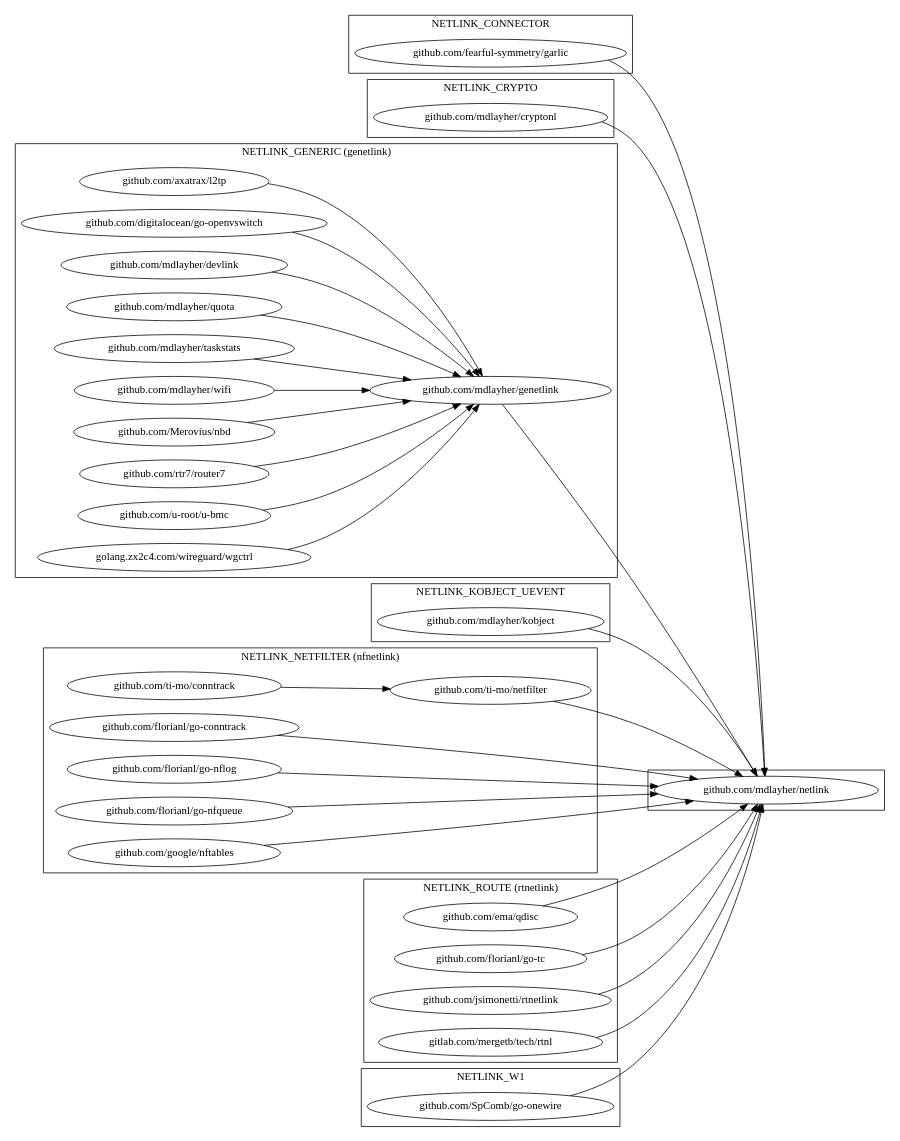
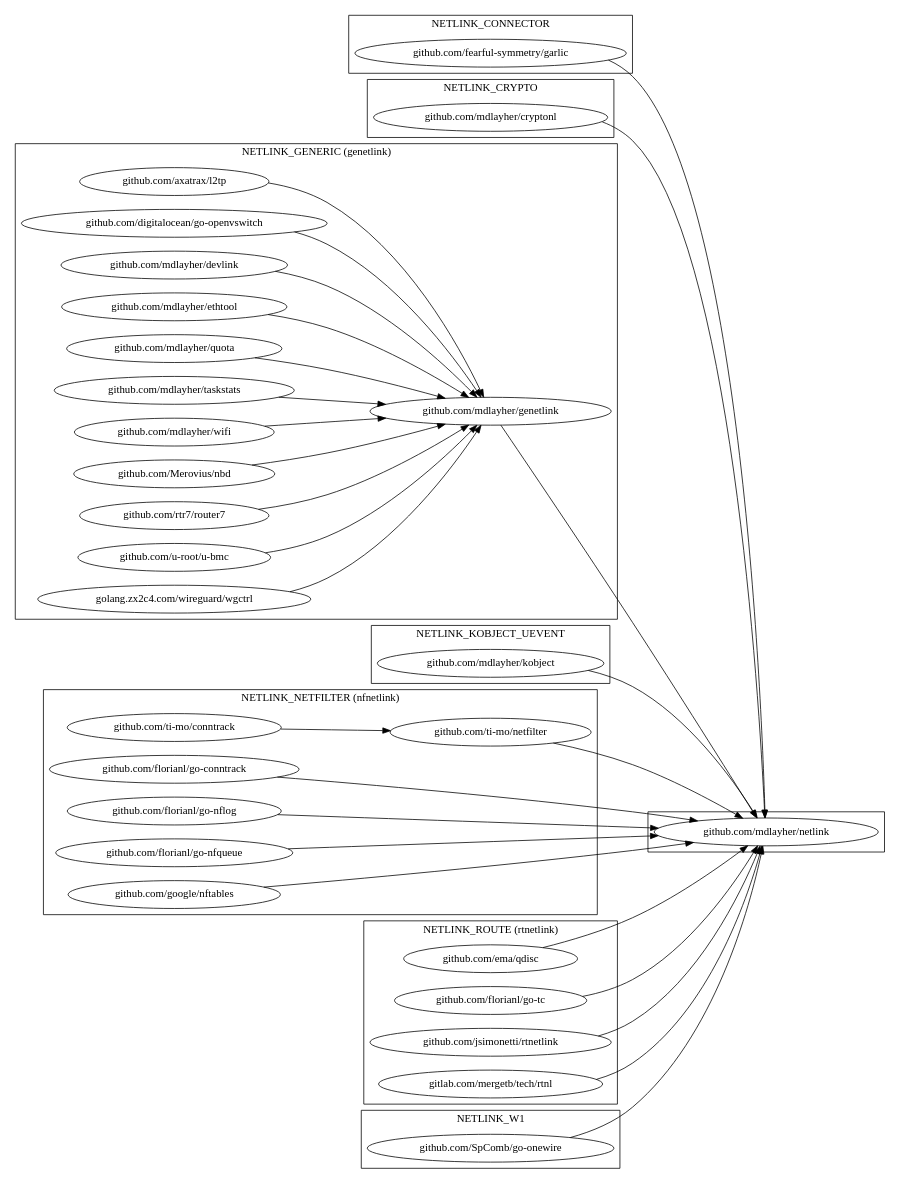
Before and after one commit to mdlayher/netlink: the diagram in netlink.dot, drawn with Graphviz. The commit also changed 1 other file, not shown here.

Commit message:
netlink.dot: add ethtool package

```diff
--- a/netlink.dot
+++ b/netlink.dot
@@ -1,85 +1,86 @@
 digraph {
     rankdir = LR
 
     subgraph cluster_netlink {
         "github.com/mdlayher/netlink" [URL="https://github.com/mdlayher/netlink"]
     }
 
     subgraph cluster_connector {
         label = "NETLINK_CONNECTOR";
 
         {
             "github.com/fearful-symmetry/garlic" [URL="https://github.com/fearful-symmetry/garlic"]
         } -> "github.com/mdlayher/netlink"
     }
 
     subgraph cluster_crypto {
         label = "NETLINK_CRYPTO";
 
         {
             "github.com/mdlayher/cryptonl" [URL="https://github.com/mdlayher/cryptonl"]
         } -> "github.com/mdlayher/netlink"
     }
 
     subgraph cluster_generic {
         label = "NETLINK_GENERIC (genetlink)";
         "github.com/mdlayher/genetlink" [URL="https://github.com/mdlayher/genetlink"]
         "github.com/mdlayher/genetlink" -> "github.com/mdlayher/netlink"
 
         {   
             "github.com/axatrax/l2tp" [URL="https://github.com/axatrax/l2tp"]
             "github.com/digitalocean/go-openvswitch" [URL="https://github.com/digitalocean/go-openvswitch"]
             "github.com/mdlayher/devlink" [URL="https://github.com/mdlayher/devlink"]
+            "github.com/mdlayher/ethtool" [URL="https://github.com/mdlayher/ethtool"]
             "github.com/mdlayher/quota" [URL="https://github.com/mdlayher/quota"]
             "github.com/mdlayher/taskstats" [URL="https://github.com/mdlayher/taskstats"]
             "github.com/mdlayher/wifi" [URL="https://github.com/mdlayher/wifi"]
             "github.com/Merovius/nbd" [URL="https://github.com/Merovius/nbd"]
             "github.com/rtr7/router7" [URL="https://github.com/rtr7/router7"]
             "github.com/u-root/u-bmc" [URL="https://github.com/u-root/u-bmc"]
             "golang.zx2c4.com/wireguard/wgctrl" [URL="https://golang.zx2c4.com/wireguard/wgctrl"]
         } -> "github.com/mdlayher/genetlink" 
     }
 
     subgraph cluster_kobject_uevent {
         label = "NETLINK_KOBJECT_UEVENT";
 
         {
             "github.com/mdlayher/kobject" [URL="https://github.com/mdlayher/kobject"]
         } -> "github.com/mdlayher/netlink"
     }
 
     subgraph cluster_netfilter {
         label = "NETLINK_NETFILTER (nfnetlink)";
 
         {
             "github.com/florianl/go-conntrack" [URL="https://github.com/florianl/go-conntrack"]
             "github.com/florianl/go-nflog" [URL="https://github.com/florianl/go-nflog"]
             "github.com/florianl/go-nfqueue" [URL="https://github.com/florianl/go-nfqueue"]
             "github.com/google/nftables" [URL="https://github.com/google/nftables"]
             "github.com/ti-mo/netfilter" [URL="https://github.com/ti-mo/netfilter"]
         } -> "github.com/mdlayher/netlink"
 
         {
             "github.com/ti-mo/conntrack"  [URL="https://github.com/ti-mo/conntrack"]
         } -> "github.com/ti-mo/netfilter"
     }
 
     subgraph cluster_route {
         label = "NETLINK_ROUTE (rtnetlink)";
 
         {
             "github.com/ema/qdisc" [URL="https://github.com/ema/qdisc"]
             "github.com/florianl/go-tc" [URL="https://github.com/florianl/go-tc"]
             "github.com/jsimonetti/rtnetlink" [URL="https://github.com/jsimonetti/rtnetlink"]
             "gitlab.com/mergetb/tech/rtnl" [URL="https://gitlab.com/mergetb/tech/rtnl"]
         } -> "github.com/mdlayher/netlink"
     }
 
     subgraph cluster_w1 {
         label = "NETLINK_W1";
 
         {
             "github.com/SpComb/go-onewire" [URL="https://github.com/SpComb/go-onewire"]
         } -> "github.com/mdlayher/netlink"
     }
 }
```
